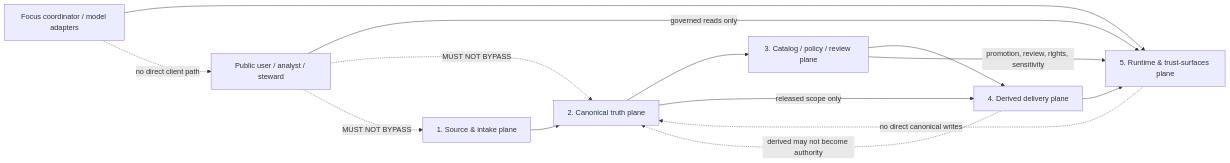
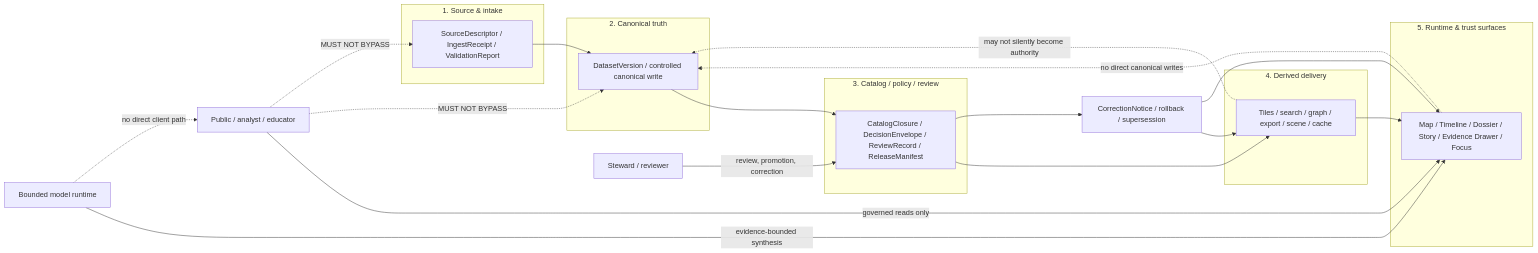
The diagram in docs/architecture/threat-model/README.md (bartytime4life/Kansas-Frontier-Matrix), drawn with Mermaid before and after one commit. The commit also changed other lines of this file, not shown here.

````diff
--- a/docs/architecture/threat-model/README.md
+++ b/docs/architecture/threat-model/README.md
@@ -180,19 +198,38 @@
 ```mermaid
 flowchart LR
-    A[1. Source & intake plane] --> B[2. Canonical truth plane]
-    B --> C[3. Catalog / policy / review plane]
-    C --> D[4. Derived delivery plane]
-    D --> E[5. Runtime & trust-surfaces plane]
+    subgraph P1["1. Source & intake"]
+        A["SourceDescriptor / IngestReceipt / ValidationReport"]
+    end
 
-    U[Public user / analyst / steward] -->|governed reads only| E
-    M[Focus coordinator / model adapters] --> E
+    subgraph P2["2. Canonical truth"]
+        B["DatasetVersion / controlled canonical write"]
+    end
+
+    subgraph P3["3. Catalog / policy / review"]
+        C["CatalogClosure / DecisionEnvelope / ReviewRecord / ReleaseManifest"]
+    end
+
+    subgraph P4["4. Derived delivery"]
+        D["Tiles / search / graph / export / scene / cache"]
+    end
+
+    subgraph P5["5. Runtime & trust surfaces"]
+        E["Map / Timeline / Dossier / Story / Evidence Drawer / Focus"]
+    end
+
+    A --> B --> C --> D --> E
+
+    C --> F["CorrectionNotice / rollback / supersession"]
+    F --> D
+    F --> E
+
+    U["Public / analyst / educator"] -->|governed reads only| E
+    S["Steward / reviewer"] -->|review, promotion, correction| C
+    M["Bounded model runtime"] -->|evidence-bounded synthesis| E
 
     U -. MUST NOT BYPASS .-> B
     U -. MUST NOT BYPASS .-> A
     E -. no direct canonical writes .-> B
-    D -. derived may not become authority .-> B
+    D -. may not silently become authority .-> B
     M -. no direct client path .-> U
-
-    C -->|promotion, review, rights, sensitivity| E
-    B -->|released scope only| D
 ```
````
